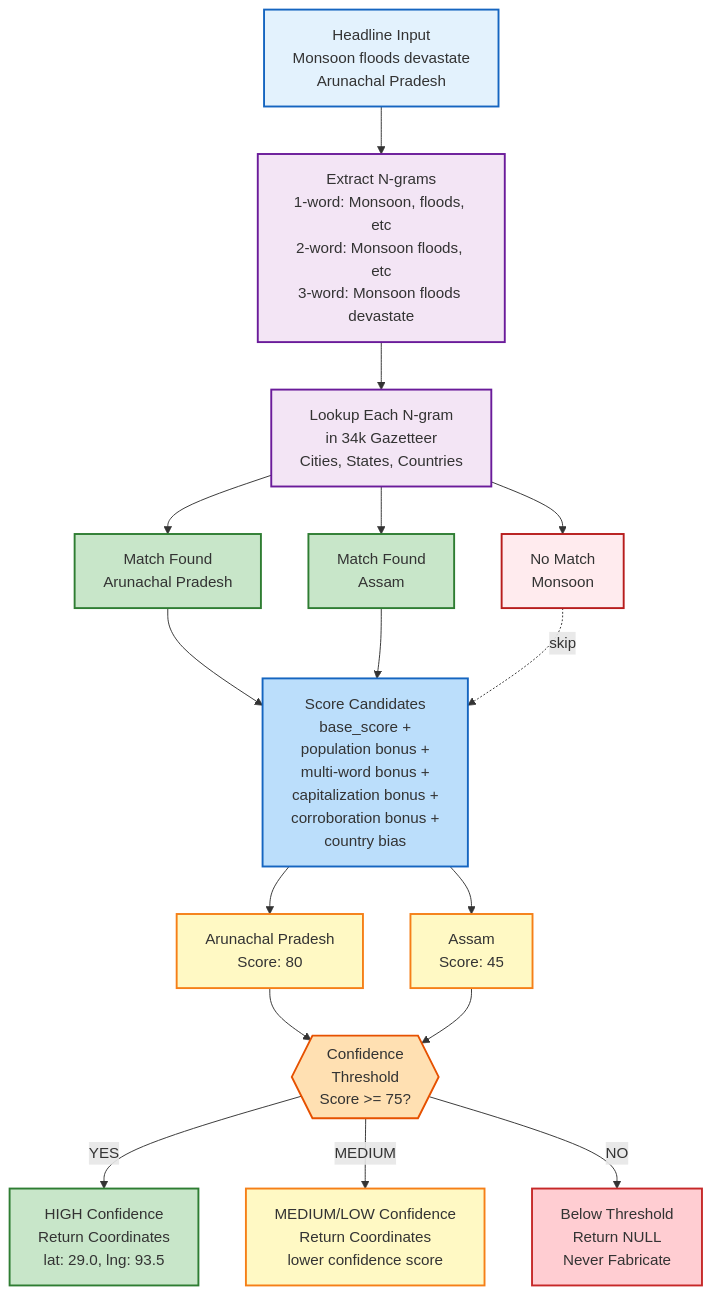
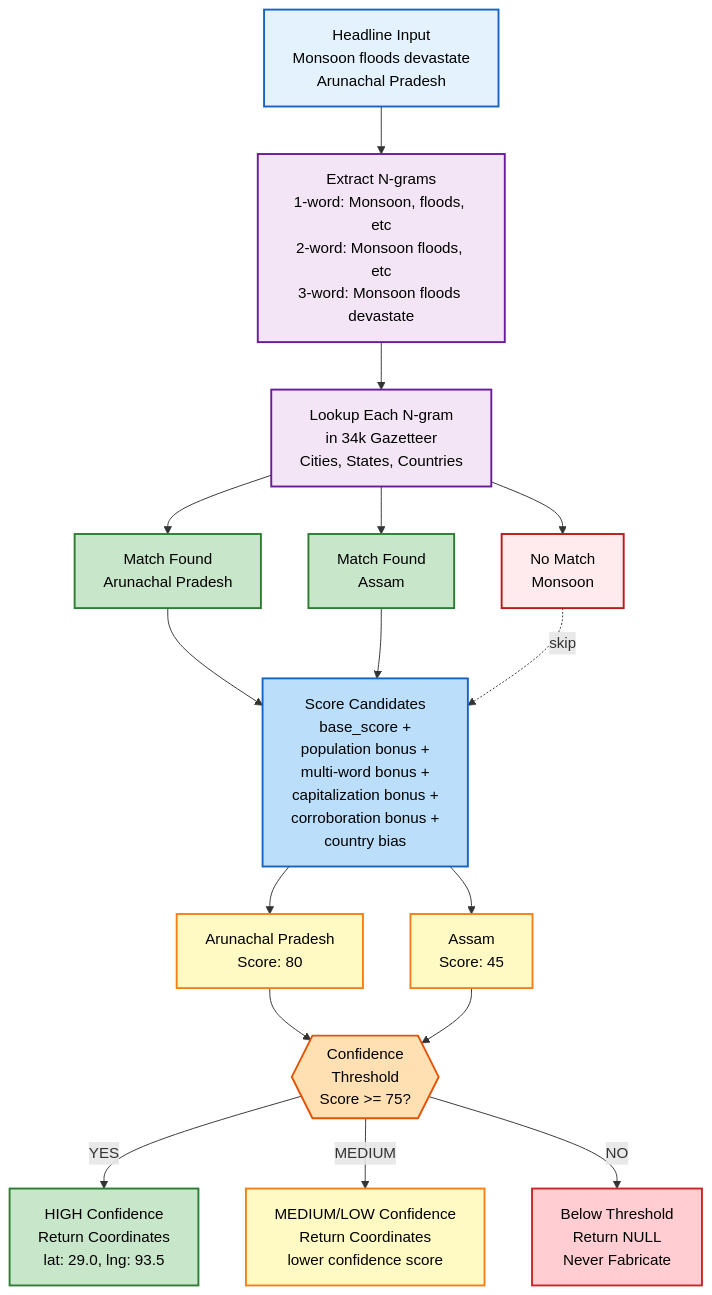
One commit to JyotirmoyDas05/AakashSanchar changed the first of 2 diagrams in lib/README.md. Above: the diagram before and after it, drawn with Mermaid. The commit also changed other lines of this file and 4 other files, not shown here.

First line of the commit message:
Fix low-contrast text in Mermaid diagrams

````diff
--- a/lib/README.md
+++ b/lib/README.md
@@ -38,55 +38,55 @@
 ```mermaid
 graph TD
     A["Headline Input<br/>Monsoon floods devastate<br/>Arunachal Pradesh"]
     
     B["Extract N-grams<br/>1-word: Monsoon, floods, etc<br/>2-word: Monsoon floods, etc<br/>3-word: Monsoon floods devastate"]
     
     C["Lookup Each N-gram<br/>in 34k Gazetteer<br/>Cities, States, Countries"]
     
     D1["Match Found<br/>Arunachal Pradesh"]
     D2["Match Found<br/>Assam"]
     D3["No Match<br/>Monsoon"]
     
     E["Score Candidates<br/>base_score +<br/>population bonus +<br/>multi-word bonus +<br/>capitalization bonus +<br/>corroboration bonus +<br/>country bias"]
     
     F["Arunachal Pradesh<br/>Score: 80"]
     G["Assam<br/>Score: 45"]
     
     H{{"Confidence<br/>Threshold<br/>Score >= 75?"}}
     
     I["HIGH Confidence<br/>Return Coordinates<br/>lat: 29.0, lng: 93.5"]
     
     J["MEDIUM/LOW Confidence<br/>Return Coordinates<br/>lower confidence score"]
     
     K["Below Threshold<br/>Return NULL<br/>Never Fabricate"]
     
     A --> B
     B --> C
     C --> D1
     C --> D2
     C --> D3
     D1 --> E
     D2 --> E
     D3 -.->|skip| E
     E --> F
     E --> G
     F --> H
     G --> H
     H -->|YES| I
     H -->|MEDIUM| J
     H -->|NO| K
     
-    style A fill:#e3f2fd,stroke:#1565c0,stroke-width:2px
-    style B fill:#f3e5f5,stroke:#6a1b9a,stroke-width:2px
-    style C fill:#f3e5f5,stroke:#6a1b9a,stroke-width:2px
-    style D1 fill:#c8e6c9,stroke:#2e7d32,stroke-width:2px
-    style D2 fill:#c8e6c9,stroke:#2e7d32,stroke-width:2px
-    style D3 fill:#ffebee,stroke:#b71c1c,stroke-width:2px
-    style E fill:#bbdefb,stroke:#1565c0,stroke-width:2px
-    style F fill:#fff9c4,stroke:#f57f17,stroke-width:2px
-    style G fill:#fff9c4,stroke:#f57f17,stroke-width:2px
-    style H fill:#ffe0b2,stroke:#e65100,stroke-width:2px
-    style I fill:#c8e6c9,stroke:#2e7d32,stroke-width:2px
-    style J fill:#fff9c4,stroke:#f57f17,stroke-width:2px
-    style K fill:#ffcdd2,stroke:#c62828,stroke-width:2px
+    style A fill:#e3f2fd,stroke:#1565c0,stroke-width:2px,color:#000000
+    style B fill:#f3e5f5,stroke:#6a1b9a,stroke-width:2px,color:#000000
+    style C fill:#f3e5f5,stroke:#6a1b9a,stroke-width:2px,color:#000000
+    style D1 fill:#c8e6c9,stroke:#2e7d32,stroke-width:2px,color:#000000
+    style D2 fill:#c8e6c9,stroke:#2e7d32,stroke-width:2px,color:#000000
+    style D3 fill:#ffebee,stroke:#b71c1c,stroke-width:2px,color:#000000
+    style E fill:#bbdefb,stroke:#1565c0,stroke-width:2px,color:#000000
+    style F fill:#fff9c4,stroke:#f57f17,stroke-width:2px,color:#000000
+    style G fill:#fff9c4,stroke:#f57f17,stroke-width:2px,color:#000000
+    style H fill:#ffe0b2,stroke:#e65100,stroke-width:2px,color:#000000
+    style I fill:#c8e6c9,stroke:#2e7d32,stroke-width:2px,color:#000000
+    style J fill:#fff9c4,stroke:#f57f17,stroke-width:2px,color:#000000
+    style K fill:#ffcdd2,stroke:#c62828,stroke-width:2px,color:#000000
 ```
````
